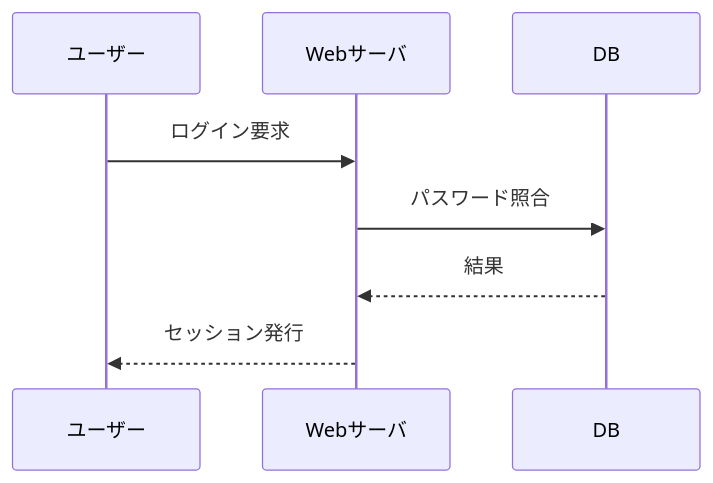
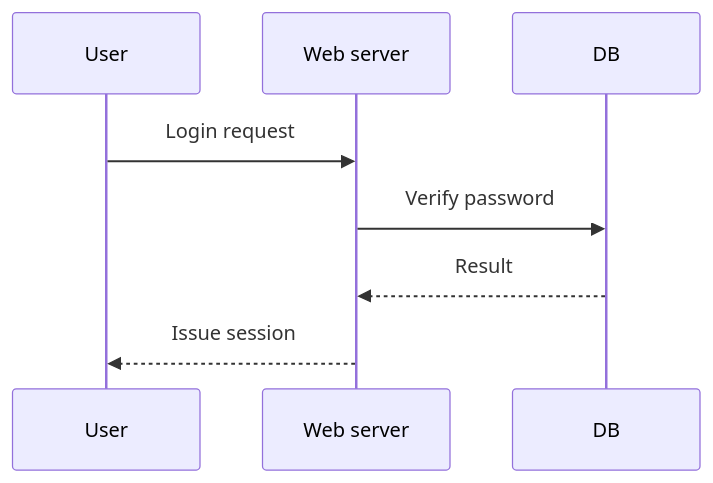
Before and after one commit to ambit418/mermaid-inline.nvim: the second of 3 diagrams in examples/demo.md, drawn with Mermaid. The commit also changed other lines of this file and 2 other files, not shown here.

Commit message:
Add screenshot and English demo

````diff
--- a/examples/demo.md
+++ b/examples/demo.md
@@ -18,10 +18,10 @@
 ```mermaid
 sequenceDiagram
-  participant U as ユーザー
-  participant W as Webサーバ
+  participant U as User
+  participant W as Web server
   participant D as DB
-  U->>W: ログイン要求
-  W->>D: パスワード照合
-  D-->>W: 結果
-  W-->>U: セッション発行
+  U->>W: Login request
+  W->>D: Verify password
+  D-->>W: Result
+  W-->>U: Issue session
 ```
````
